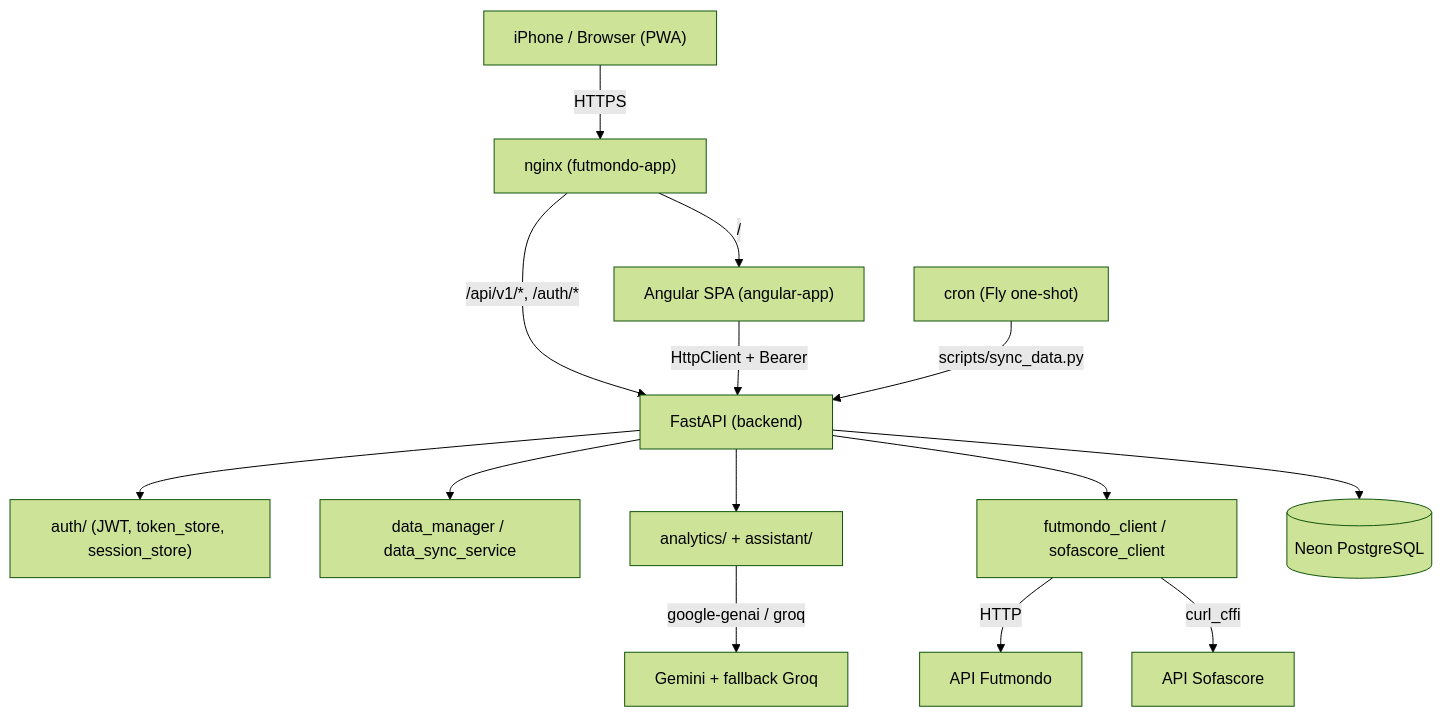
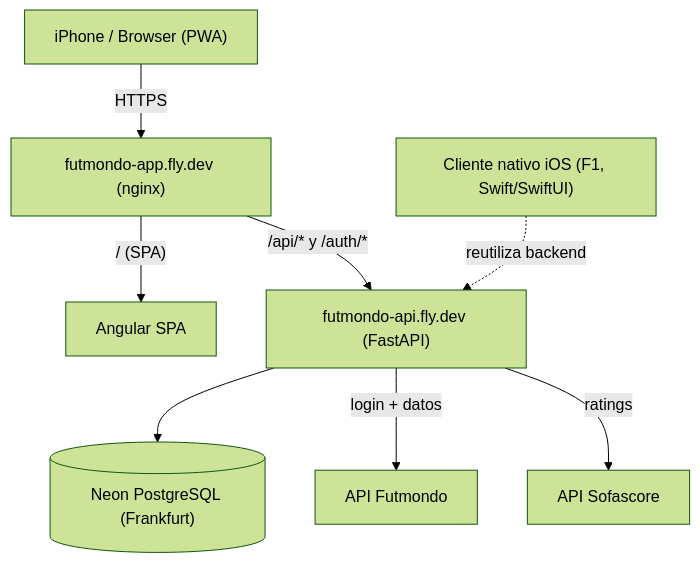
One commit to Mutinho/futmondo-analytics changed the diagram in aidlc/spaces/default/codekb/futmondo-analytics/architecture.md. Above: the diagram before and after it, drawn with Mermaid (forest theme). The commit also changed other lines of this file and 223 other files, not shown here.

First line of the commit message:
feat(ios): login nativo iOS (F1) — cliente de red + auth con Keychain

````diff
--- a/aidlc/spaces/default/codekb/futmondo-analytics/architecture.md
+++ b/aidlc/spaces/default/codekb/futmondo-analytics/architecture.md
@@ -34,16 +23,10 @@
 ```mermaid
-graph TD
-  Browser["iPhone / Browser (PWA)"] -->|HTTPS| Nginx["nginx (futmondo-app)"]
-  Nginx -->|"/"| SPA["Angular SPA (angular-app)"]
-  Nginx -->|"/api/v1/*, /auth/*"| API["FastAPI (backend)"]
-  SPA -->|HttpClient + Bearer| API
-  API --> Auth["auth/ (JWT, token_store, session_store)"]
-  API --> DM["data_manager / data_sync_service"]
-  API --> Analytics["analytics/ + assistant/"]
-  API --> Clients["futmondo_client / sofascore_client"]
-  API --> DB[("Neon PostgreSQL")]
-  Clients -->|HTTP| Futmondo["API Futmondo"]
-  Clients -->|"curl_cffi"| Sofascore["API Sofascore"]
-  Analytics -->|google-genai / groq| LLM["Gemini + fallback Groq"]
-  Cron["cron (Fly one-shot)"] -->|scripts/sync_data.py| API
+flowchart TD
+    iphone["iPhone / Browser (PWA)"] -->|HTTPS| app["futmondo-app.fly.dev (nginx)"]
+    app -->|"/ (SPA)"| spa["Angular SPA"]
+    app -->|"/api/* y /auth/*"| api["futmondo-api.fly.dev (FastAPI)"]
+    api --> db[("Neon PostgreSQL (Frankfurt)")]
+    api -->|login + datos| fut["API Futmondo"]
+    api -->|ratings| sofa["API Sofascore"]
+    ios["Cliente nativo iOS (F1, Swift/SwiftUI)"] -.->|reutiliza backend| api
 ```
````
